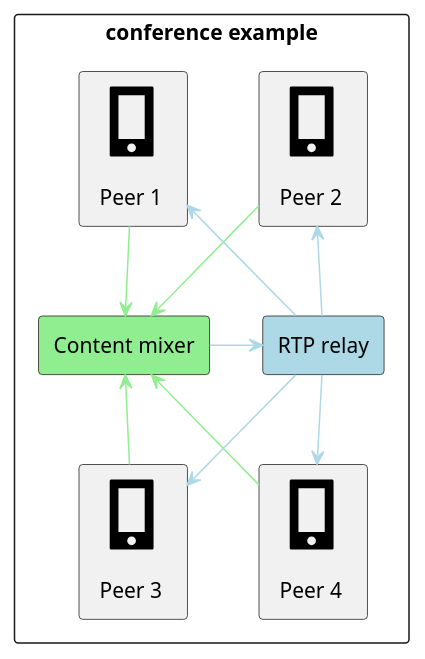
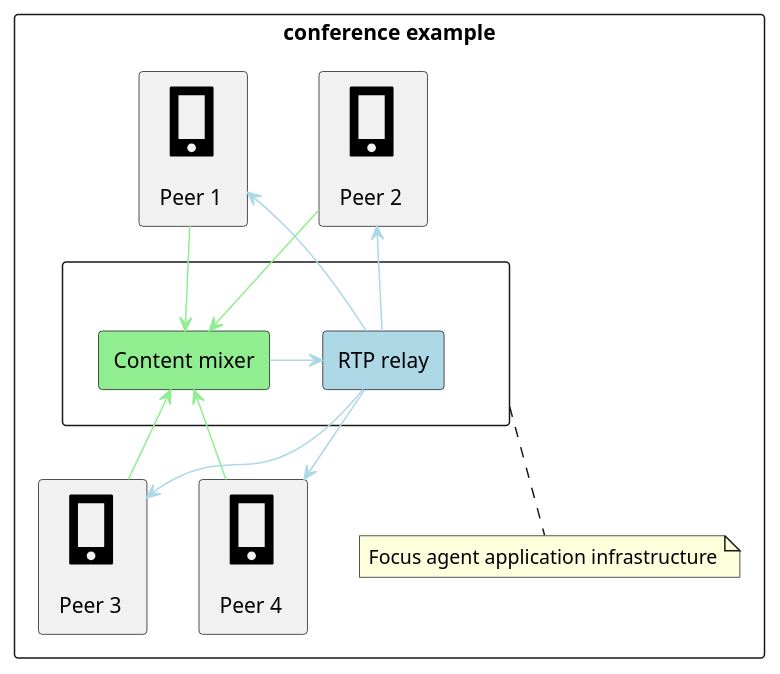
The fifth of 6 diagrams in doc/tutorials/jingle.md (esl/MongooseIM), drawn with PlantUML before and after one commit. The commit also changed other lines of this file, not shown here.

Commit message:
minor updates to diagrams at jingle.md tutorial

````diff
--- a/doc/tutorials/jingle.md
+++ b/doc/tutorials/jingle.md
@@ -176,24 +181,26 @@
 ```puml
 @startuml
 rectangle "conference example" {
+  rectangle " <&phone*5>\n Peer 1" as p1
+  rectangle " <&phone*5>\n Peer 2" as p2
+  rectangle " <&phone*5>\n Peer 3" as p3
+  rectangle " <&phone*5>\n Peer 4" as p4
+  rectangle " " as fai {
+    rectangle "Content mixer" as m1 #lightgreen
+    rectangle "RTP relay" as r1 #lightblue
+  }
 
-rectangle " <&phone*5>\n Peer 1" as p1
-rectangle " <&phone*5>\n Peer 2" as p2
-rectangle " <&phone*5>\n Peer 3" as p3
-rectangle " <&phone*5>\n Peer 4" as p4
-rectangle "Content mixer" as m1 #lightgreen
-rectangle "RTP relay" as r1 #lightblue
+  note bottom of fai: Focus agent application infrastructure
 
-p1 -down-> m1 #lightgreen
-p2 -down-> m1 #lightgreen
-p3 -up-> m1 #lightgreen
-p4 -up-> m1 #lightgreen
-m1 -right-> r1 #lightblue
-r1 -up-> p1 #lightblue
-r1 -up-> p2 #lightblue
-r1 -down-> p3 #lightblue
-r1 -down-> p4 #lightblue
-
+  p1 -down-> m1 #lightgreen
+  p2 -down-> m1 #lightgreen
+  p3 -up-> m1 #lightgreen
+  p4 -up-> m1 #lightgreen
+  m1 -right-> r1 #lightblue
+  r1 -up-> p1 #lightblue
+  r1 -up-> p2 #lightblue
+  r1 -down-> p3 #lightblue
+  r1 -down-> p4 #lightblue
 }
 @enduml
 ```
````
